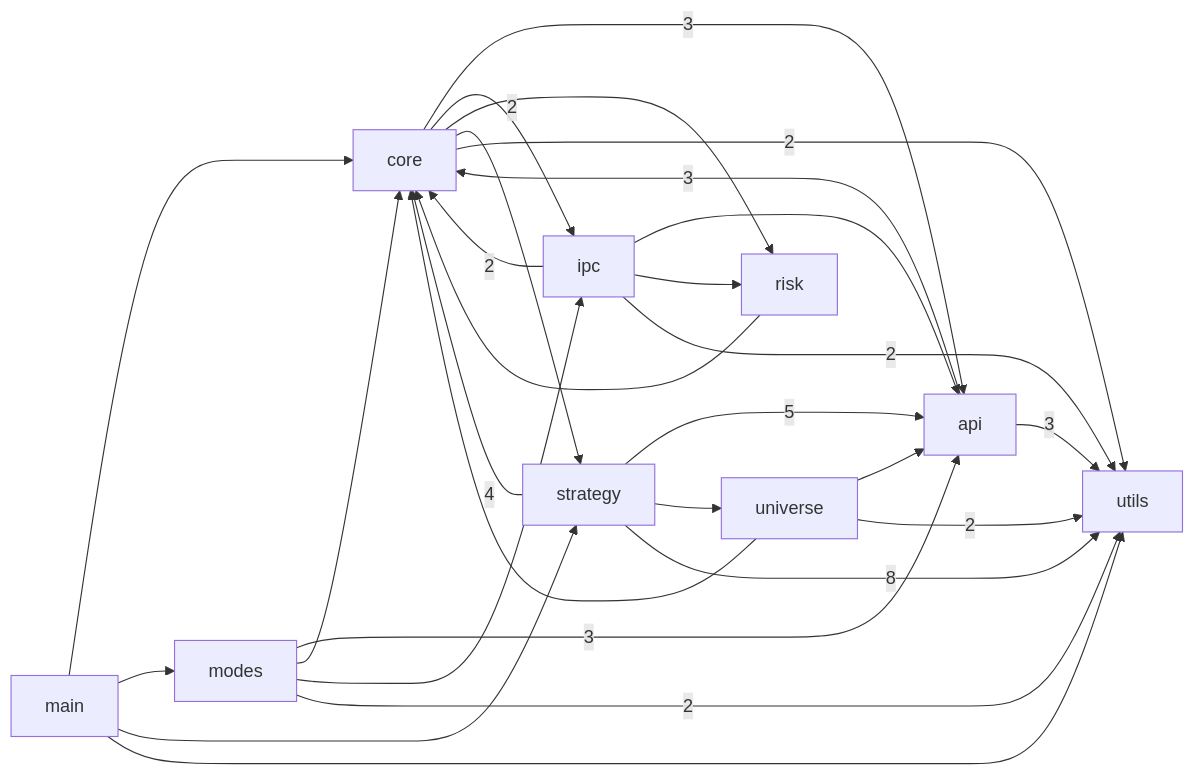
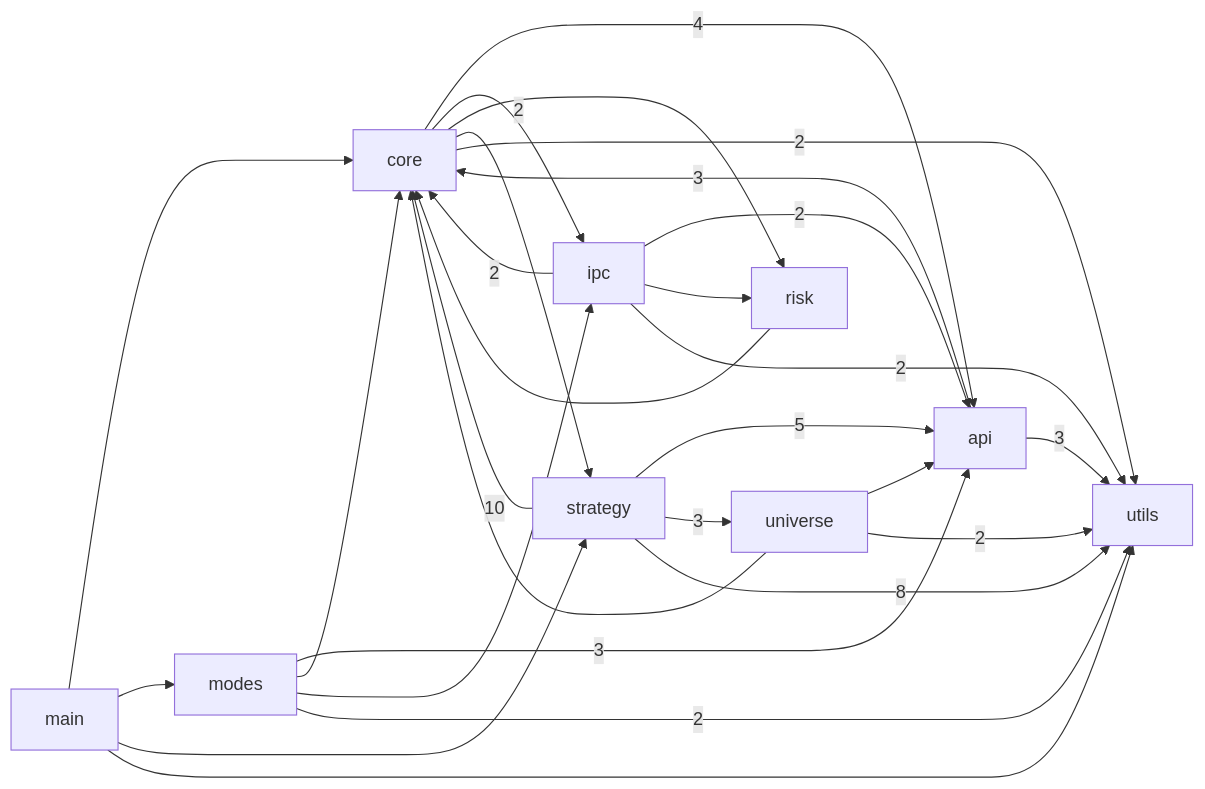
The first of 3 diagrams in docs/CODE_GRAPH.md (pypy8171/Quant), drawn with Mermaid before and after one commit. The commit also changed other lines of this file and 10 other files, not shown here.

````diff
--- a/docs/CODE_GRAPH.md
+++ b/docs/CODE_GRAPH.md
@@ -10,39 +10,39 @@
 ```mermaid
 graph LR
   main[main]
   modes[modes]
   core[core]
   strategy[strategy]
   api[api]
   universe[universe]
   risk[risk]
   ipc[ipc]
   utils[utils]
   api -->|3| core
   api -->|3| utils
-  core -->|3| api
+  core -->|4| api
   core -->|2| ipc
   core --> risk
   core --> strategy
   core -->|2| utils
-  ipc --> api
+  ipc -->|2| api
   ipc -->|2| core
   ipc --> risk
   ipc -->|2| utils
   main --> core
   main --> modes
   main --> strategy
   main --> utils
   modes -->|3| api
   modes --> core
   modes --> ipc
   modes -->|2| utils
   risk --> core
   strategy -->|5| api
-  strategy -->|4| core
-  strategy --> universe
+  strategy -->|10| core
+  strategy -->|3| universe
   strategy -->|8| utils
   universe --> api
   universe --> core
   universe -->|2| utils
 ```
````
